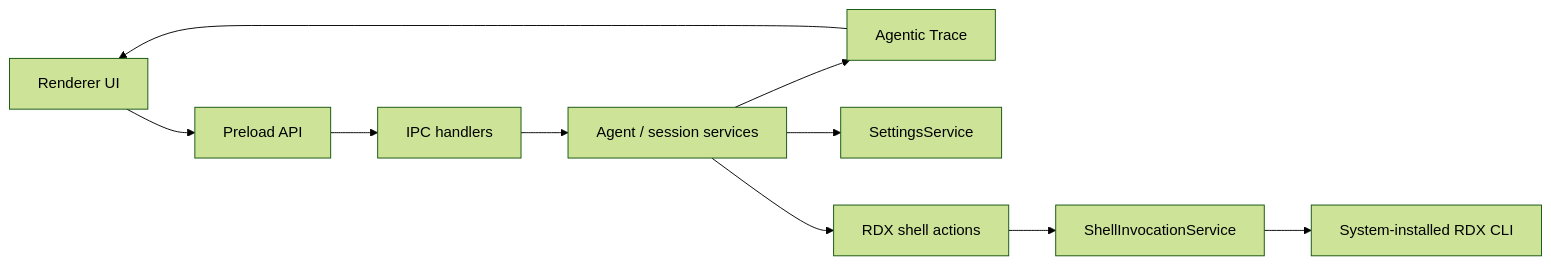
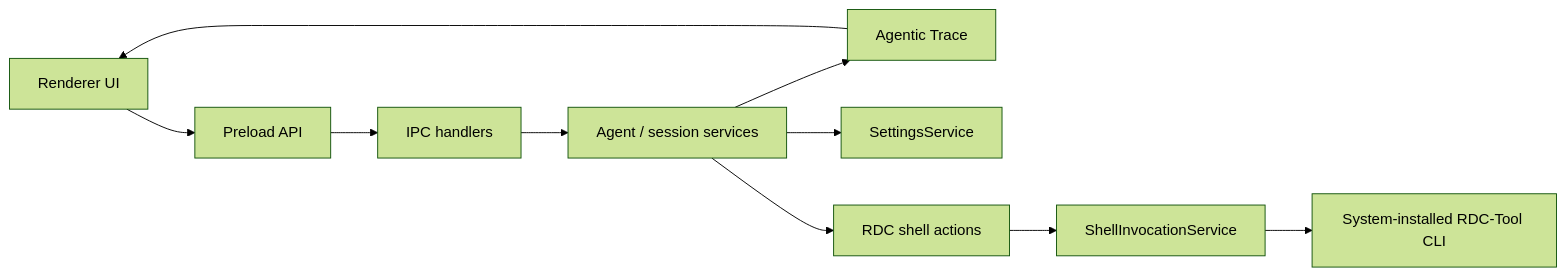
The diagram in docs/architecture/overview.md (haolange/RDC-Agent), drawn with Mermaid (forest theme) before and after one commit. The commit also changed other lines of this file and 557 other files, not shown here.

First line of the commit message:
Unify RDC-Agent identity and canonical RDC-Tool integration

````diff
--- a/docs/architecture/overview.md
+++ b/docs/architecture/overview.md
@@ -12,12 +12,12 @@
 ```mermaid
 flowchart LR
   Renderer["Renderer UI"] --> Preload["Preload API"]
   Preload --> IPC["IPC handlers"]
   IPC --> Runtime["Agent / session services"]
   Runtime --> Trace["Agentic Trace"]
   Runtime --> Settings["SettingsService"]
-  Runtime --> Actions["RDX shell actions"]
+  Runtime --> Actions["RDC shell actions"]
   Actions --> Shell["ShellInvocationService"]
-  Shell --> CLI["System-installed RDX CLI"]
+  Shell --> CLI["System-installed RDC-Tool CLI"]
   Trace --> Renderer
 ```
````
